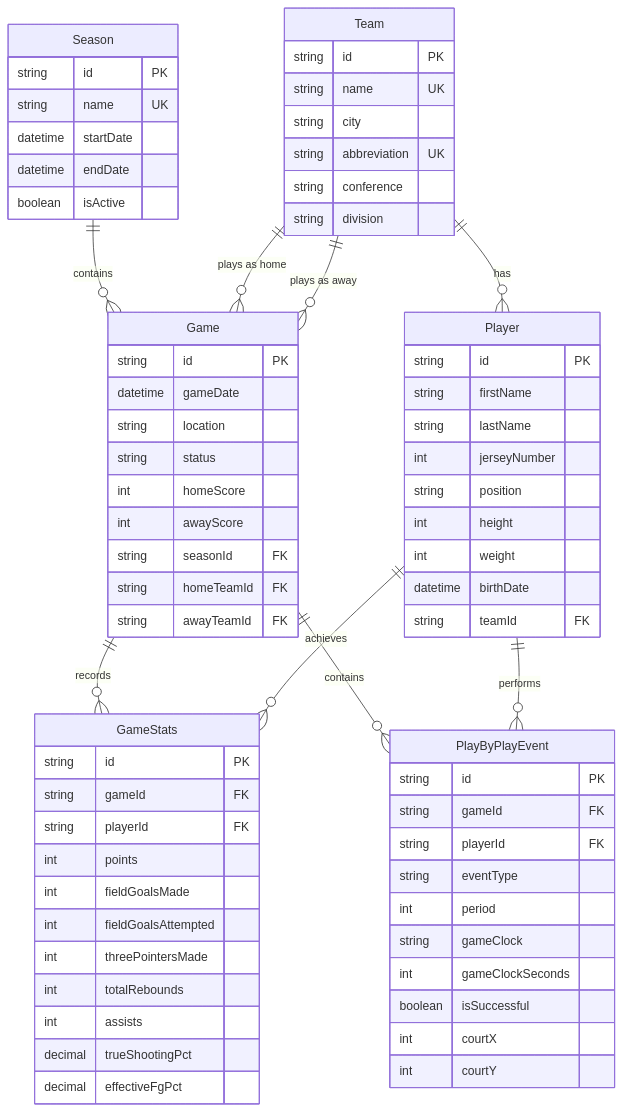
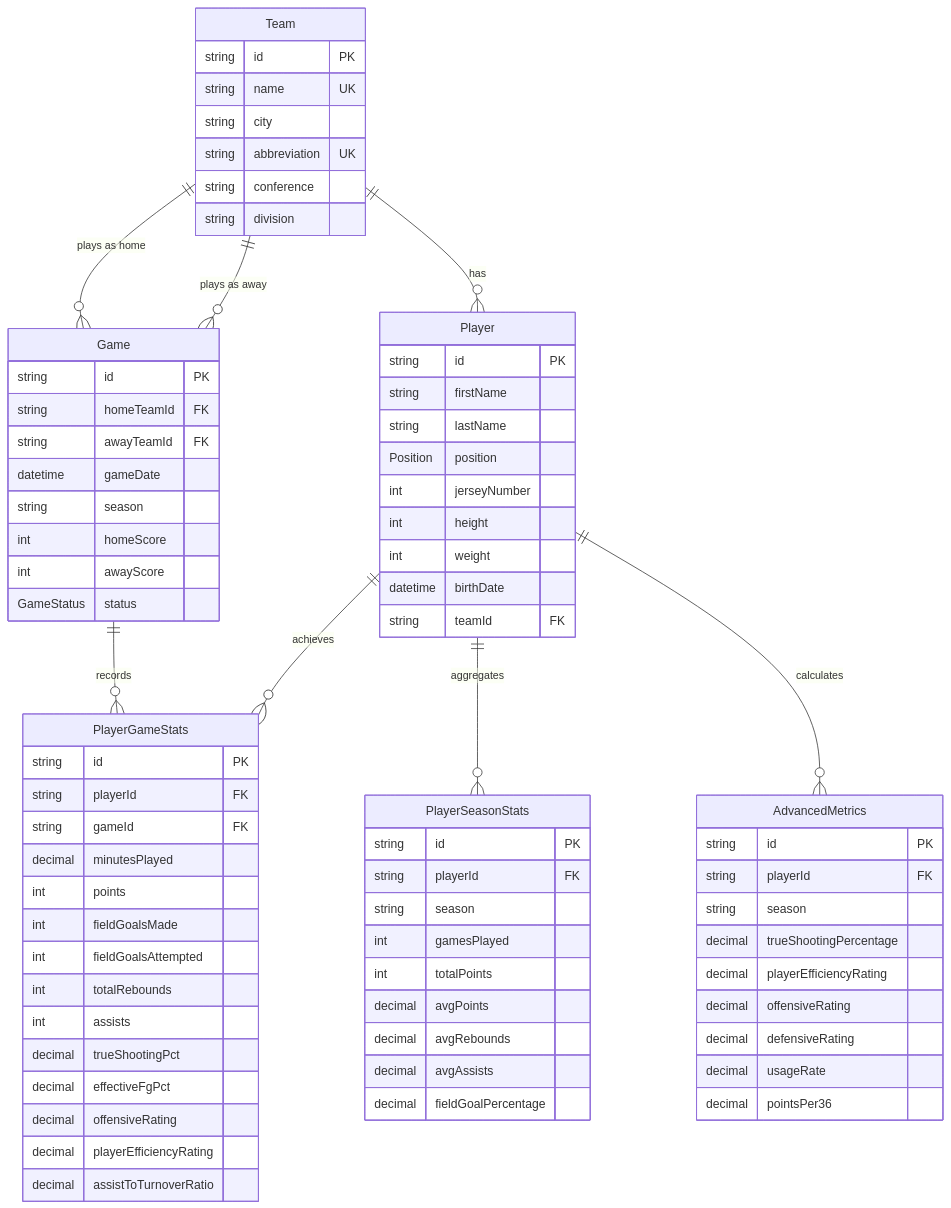
One commit to JorgeAller/TEST_CLAUDE changed the diagram in docs/database_documentation.md. Above: the diagram before and after it, drawn with Mermaid. The commit also changed other lines of this file and 5 other files, not shown here.

First line of the commit message:
feat: add advanced basketball metrics and update README

````diff
--- a/docs/database_documentation.md
+++ b/docs/database_documentation.md
@@ -9,22 +9,13 @@
 ```mermaid
 erDiagram
-    Season ||--o{ Game : contains
     Team ||--o{ Player : has
     Team ||--o{ Game : "plays as home"
     Team ||--o{ Game : "plays as away"
-    Game ||--o{ GameStats : records
-    Game ||--o{ PlayByPlayEvent : contains
-    Player ||--o{ GameStats : achieves
-    Player ||--o{ PlayByPlayEvent : performs
-    
-    Season {
-        string id PK
-        string name UK
-        datetime startDate
-        datetime endDate
-        boolean isActive
-    }
-    
+    Game ||--o{ PlayerGameStats : records
+    Player ||--o{ PlayerGameStats : achieves
+    Player ||--o{ PlayerSeasonStats : aggregates
+    Player ||--o{ AdvancedMetrics : calculates
+
     Team {
         string id PK
         string name UK
@@ -33,55 +24,68 @@
         string conference
         string division
     }
-    
+
     Player {
         string id PK
         string firstName
         string lastName
+        Position position
         int jerseyNumber
-        string position
         int height
         int weight
         datetime birthDate
         string teamId FK
     }
-    
+
     Game {
         string id PK
+        string homeTeamId FK
+        string awayTeamId FK
         datetime gameDate
-        string location
-        string status
+        string season
         int homeScore
         int awayScore
-        string seasonId FK
-        string homeTeamId FK
-        string awayTeamId FK
+        GameStatus status
     }
-    
-    GameStats {
+
+    PlayerGameStats {
         string id PK
+        string playerId FK
         string gameId FK
-        string playerId FK
+        decimal minutesPlayed
         int points
         int fieldGoalsMade
         int fieldGoalsAttempted
-        int threePointersMade
         int totalRebounds
         int assists
         decimal trueShootingPct
         decimal effectiveFgPct
+        decimal offensiveRating
+        decimal playerEfficiencyRating
+        decimal assistToTurnoverRatio
     }
-    
-    PlayByPlayEvent {
+
+    PlayerSeasonStats {
         string id PK
-        string gameId FK
         string playerId FK
-        string eventType
-        int period
-        string gameClock
-        int gameClockSeconds
-        boolean isSuccessful
-        int courtX
-        int courtY
+        string season
+        int gamesPlayed
+        int totalPoints
+        decimal avgPoints
+        decimal avgRebounds
+        decimal avgAssists
+        decimal fieldGoalPercentage
+    }
+
+    AdvancedMetrics {
+        string id PK
+        string playerId FK
+        string season
+        decimal trueShootingPercentage
+        decimal playerEfficiencyRating
+        decimal offensiveRating
+        decimal defensiveRating
+        decimal usageRate
+        decimal pointsPer36
     }
 ```
````
